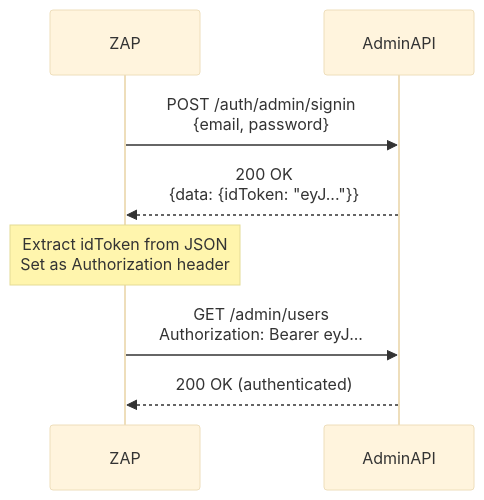
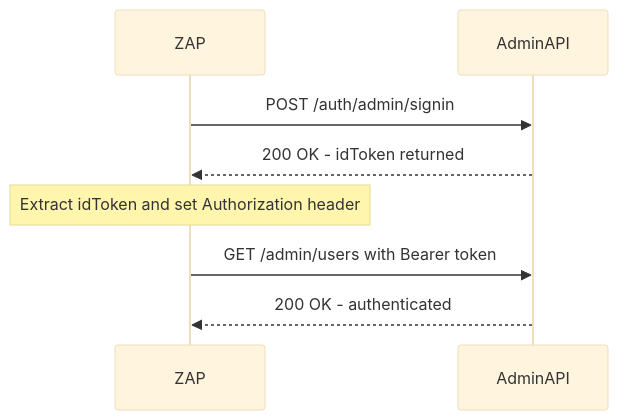
Before and after one commit to shubbbbyyyy/DASTSCANNER: the second of 3 diagrams in docs/02-zap-automation-plan.md, drawn with Mermaid (base theme). The commit also changed other lines of this file and 6 other files, not shown here.

First line of the commit message:
Fix Mermaid rendering issues across all docs

````diff
--- a/docs/02-zap-automation-plan.md
+++ b/docs/02-zap-automation-plan.md
@@ -67,11 +67,11 @@
 ```mermaid
 sequenceDiagram
     participant ZAP
     participant AdminAPI
 
-    ZAP->>AdminAPI: POST /auth/admin/signin<br/>{email, password}
-    AdminAPI-->>ZAP: 200 OK<br/>{data: {idToken: "eyJ..."}}
-    Note over ZAP: Extract idToken from JSON<br/>Set as Authorization header
-    ZAP->>AdminAPI: GET /admin/users<br/>Authorization: Bearer eyJ...
-    AdminAPI-->>ZAP: 200 OK (authenticated)
+    ZAP->>AdminAPI: POST /auth/admin/signin
+    AdminAPI-->>ZAP: 200 OK - idToken returned
+    Note over ZAP: Extract idToken and set Authorization header
+    ZAP->>AdminAPI: GET /admin/users with Bearer token
+    AdminAPI-->>ZAP: 200 OK - authenticated
 ```
````
